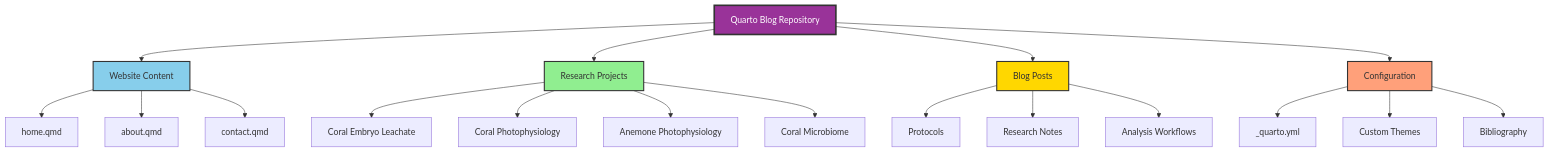
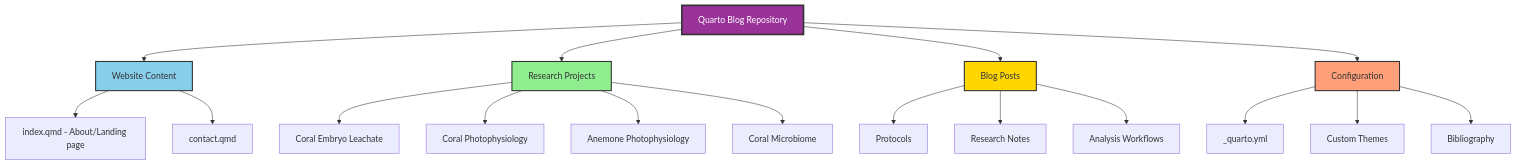
One commit to sarahtanja/quarto-blog changed the diagram in README.md. Above: the diagram before and after it, drawn with Mermaid. The commit also changed 1 other file, not shown here.

Commit message:
Update documentation to reflect index.qmd as landing/about page

````diff
--- a/README.md
+++ b/README.md
@@ -11,30 +11,29 @@
 ```mermaid
 flowchart TB
     A[Quarto Blog Repository] --> B[Website Content]
     A --> C[Research Projects]
     A --> D[Blog Posts]
     A --> E[Configuration]
     
-    B --> B1[home.qmd]
-    B --> B2[about.qmd]
-    B --> B3[contact.qmd]
+    B --> B1[index.qmd - About/Landing page]
+    B --> B2[contact.qmd]
     
     C --> C1[Coral Embryo Leachate]
     C --> C2[Coral Photophysiology]
     C --> C3[Anemone Photophysiology]
     C --> C4[Coral Microbiome]
     
     D --> D1[Protocols]
     D --> D2[Research Notes]
     D --> D3[Analysis Workflows]
     
     E --> E1[_quarto.yml]
     E --> E2[Custom Themes]
     E --> E3[Bibliography]
     
     style A fill:#993399,stroke:#333,stroke-width:3px,color:#fff
     style B fill:#87CEEB,stroke:#333,stroke-width:2px
     style C fill:#90EE90,stroke:#333,stroke-width:2px
     style D fill:#FFD700,stroke:#333,stroke-width:2px
     style E fill:#FFA07A,stroke:#333,stroke-width:2px
 ```
````
